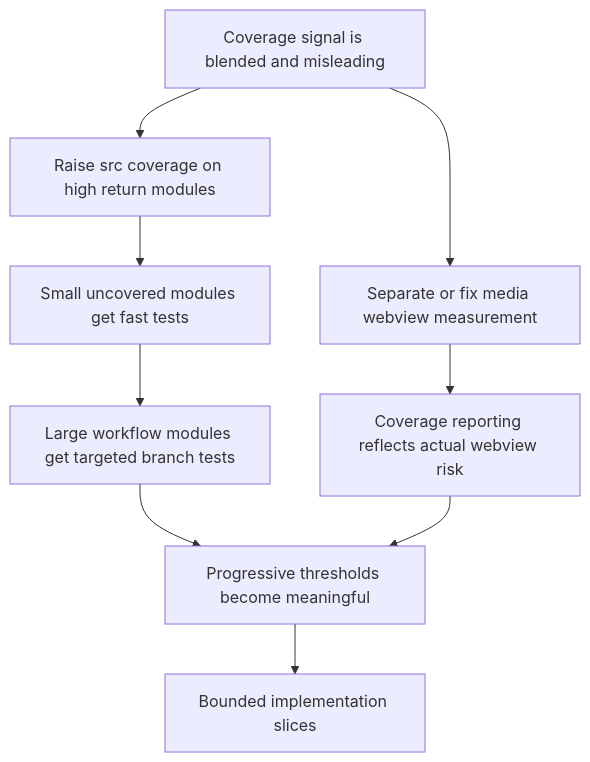
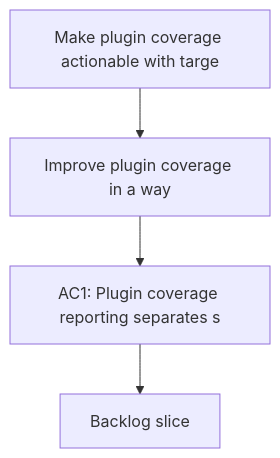
One commit to AlexAgo83/logics-manager changed the diagram in logics/request/req_130_make_plugin_coverage_actionable_with_targeted_src_gains_and_honest_webview_measurement.md. Above: the diagram before and after it, drawn with Mermaid. The commit also changed other lines of this file and 481 other files, not shown here.

````diff
--- a/logics/request/req_130_make_plugin_coverage_actionable_with_targeted_src_gains_and_honest_webview_measurement.md
+++ b/logics/request/req_130_make_plugin_coverage_actionable_with_targeted_src_gains_and_honest_webview_measurement.md
@@ -62,13 +65,8 @@
 ```mermaid
 %% logics-kind: request
 %% logics-signature: request|make-plugin-coverage-actionable-with-tar|improve-plugin-coverage-in-a-way|ac1-plugin-coverage-reporting-separates-
 flowchart TD
-    Signal[Coverage signal is blended and misleading] --> Src[Raise src coverage on high return modules]
-    Signal --> Media[Separate or fix media webview measurement]
-    Src --> QuickWins[Small uncovered modules get fast tests]
-    QuickWins --> Core[Large workflow modules get targeted branch tests]
-    Media --> Honest[Coverage reporting reflects actual webview risk]
-    Core --> Gates[Progressive thresholds become meaningful]
-    Honest --> Gates
-    Gates --> Backlog[Bounded implementation slices]
+    Trigger[Make plugin coverage actionable with targe] --> Need[Improve plugin coverage in a way]
+    Need --> Outcome[AC1: Plugin coverage reporting separates s]
+    Outcome --> Backlog[Backlog slice]
 ```
````
